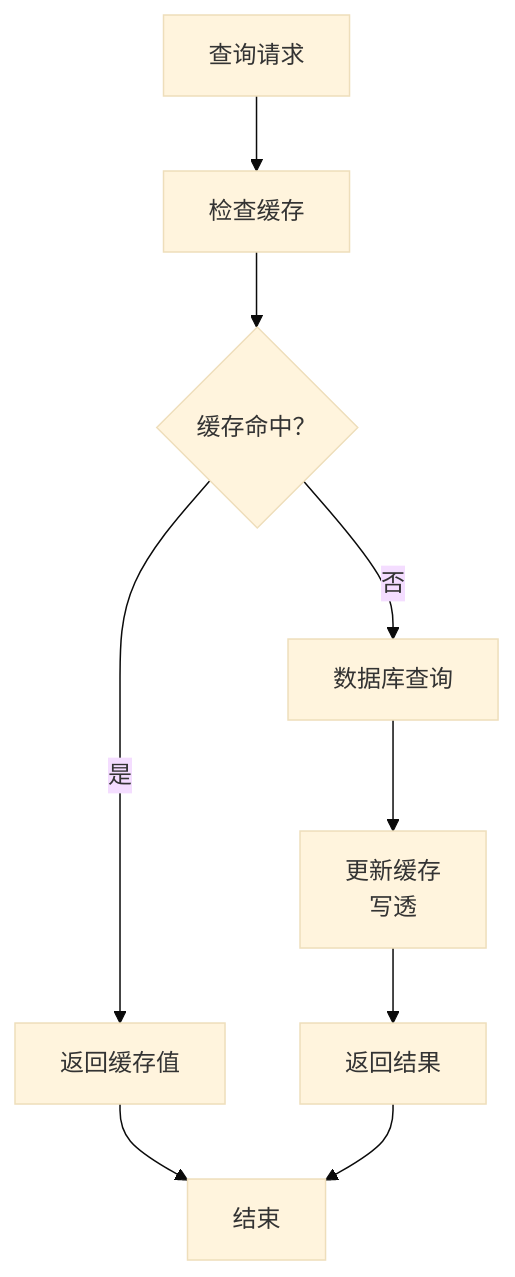
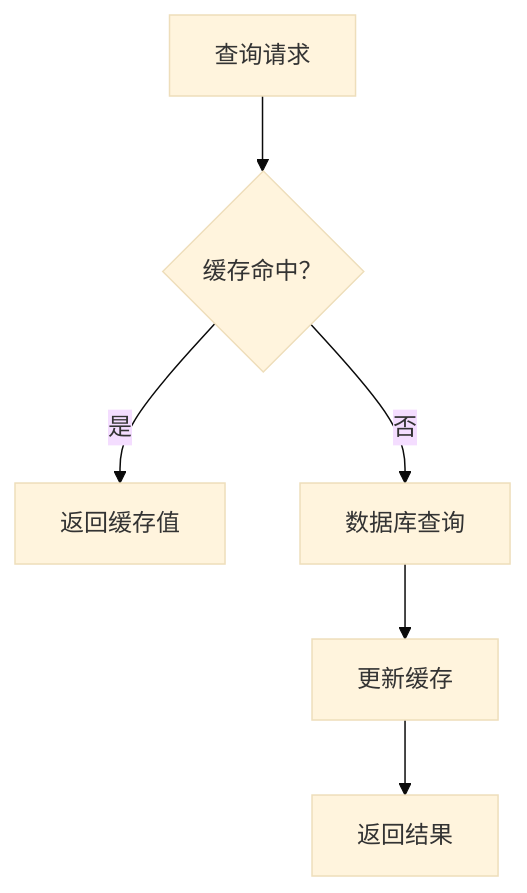
One commit to Kirky-X/dbnexus changed the seventh of 7 diagrams in docs/ARCHITECTURE.md. Above: the diagram before and after it, drawn with Mermaid (base theme). The commit also changed other lines of this file and 7 other files, not shown here.

Commit message:
docs(dbnexus): docs 文档套件统一优化 — emoji 化 h2 与折叠目录、文档间交叉链接网络、架构/数据流 mermaid 图、结构化内容表格化、清除内部任务追踪引用；失真内容对照 src/ 源码修正，基准数字与安全承诺口径原样保留

````diff
--- a/docs/ARCHITECTURE.md
+++ b/docs/ARCHITECTURE.md
@@ -662,14 +446,8 @@
 ```mermaid
 flowchart TD
-    Start[查询请求] --> CheckCache[检查缓存]
-
-    CheckCache --> Hit{缓存命中？}
-    Hit -->|是| ReturnCached[返回缓存值]
-    Hit -->|否| DBQuery[数据库查询]
-
-    DBQuery --> UpdateCache[更新缓存<br/>写透]
-    UpdateCache --> ReturnDB[返回结果]
-
-    ReturnCached --> End[结束]
-    ReturnDB --> End
+    A["查询请求"] --> B{"缓存命中？"}
+    B -->|是| C["返回缓存值"]
+    B -->|否| D["数据库查询"]
+    D --> E["更新缓存"]
+    E --> F["返回结果"]
 ```
````
